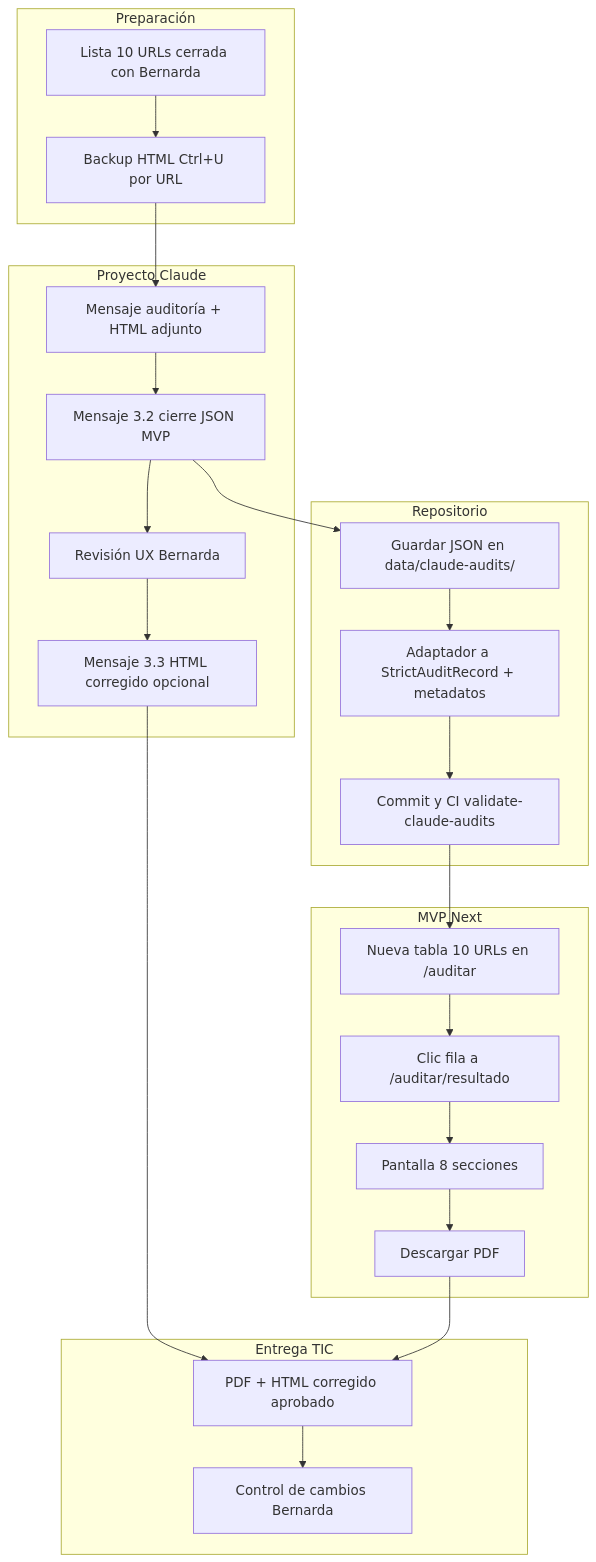
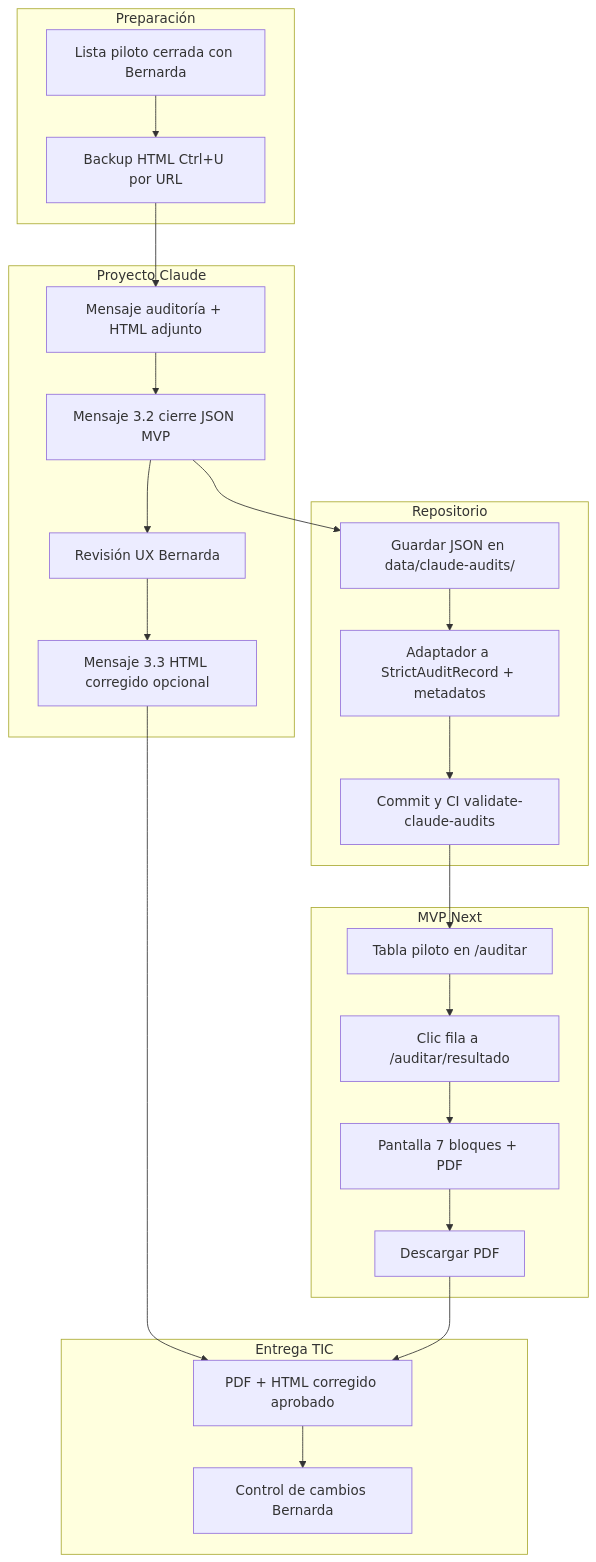
The diagram in docs/flujo-piloto-10-urls-claude-mvp.md (Fernandodesign96/lc-inapi.app), drawn with Mermaid before and after one commit. The commit also changed other lines of this file and 12 other files, not shown here.

````diff
--- a/docs/flujo-piloto-10-urls-claude-mvp.md
+++ b/docs/flujo-piloto-10-urls-claude-mvp.md
@@ -317,38 +336,38 @@
 ```mermaid
 flowchart TB
   subgraph prep [Preparación]
-    A1[Lista 10 URLs cerrada con Bernarda]
+    A1[Lista piloto cerrada con Bernarda]
     A2[Backup HTML Ctrl+U por URL]
   end
 
   subgraph claude [Proyecto Claude]
     B1[Mensaje auditoría + HTML adjunto]
     B2[Mensaje 3.2 cierre JSON MVP]
     B3[Revisión UX Bernarda]
     B4[Mensaje 3.3 HTML corregido opcional]
   end
 
   subgraph repo [Repositorio]
     C1[Guardar JSON en data/claude-audits/]
     C2[Adaptador a StrictAuditRecord + metadatos]
     C3[Commit y CI validate-claude-audits]
   end
 
   subgraph mvp [MVP Next]
-    D1[Nueva tabla 10 URLs en /auditar]
+    D1[Tabla piloto en /auditar]
     D2[Clic fila a /auditar/resultado]
-    D3[Pantalla 8 secciones]
+    D3[Pantalla 7 bloques + PDF]
     D4[Descargar PDF]
   end
 
   subgraph tic [Entrega TIC]
     E1[PDF + HTML corregido aprobado]
     E2[Control de cambios Bernarda]
   end
 
   A1 --> A2 --> B1 --> B2 --> C1 --> C2 --> C3
   C3 --> D1 --> D2 --> D3 --> D4
   B2 --> B3
   B3 --> B4 --> E1
   D4 --> E1 --> E2
 ```
````
